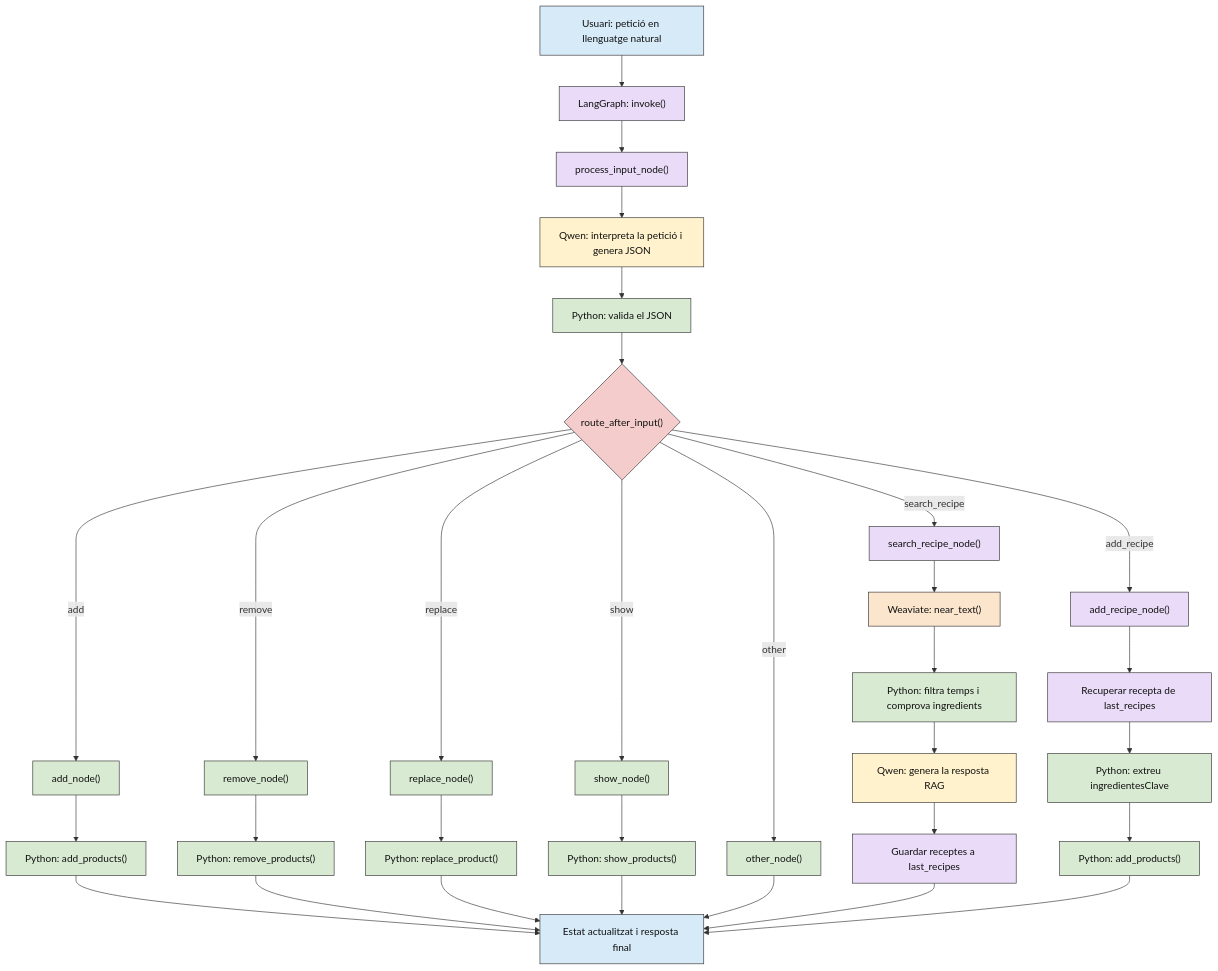
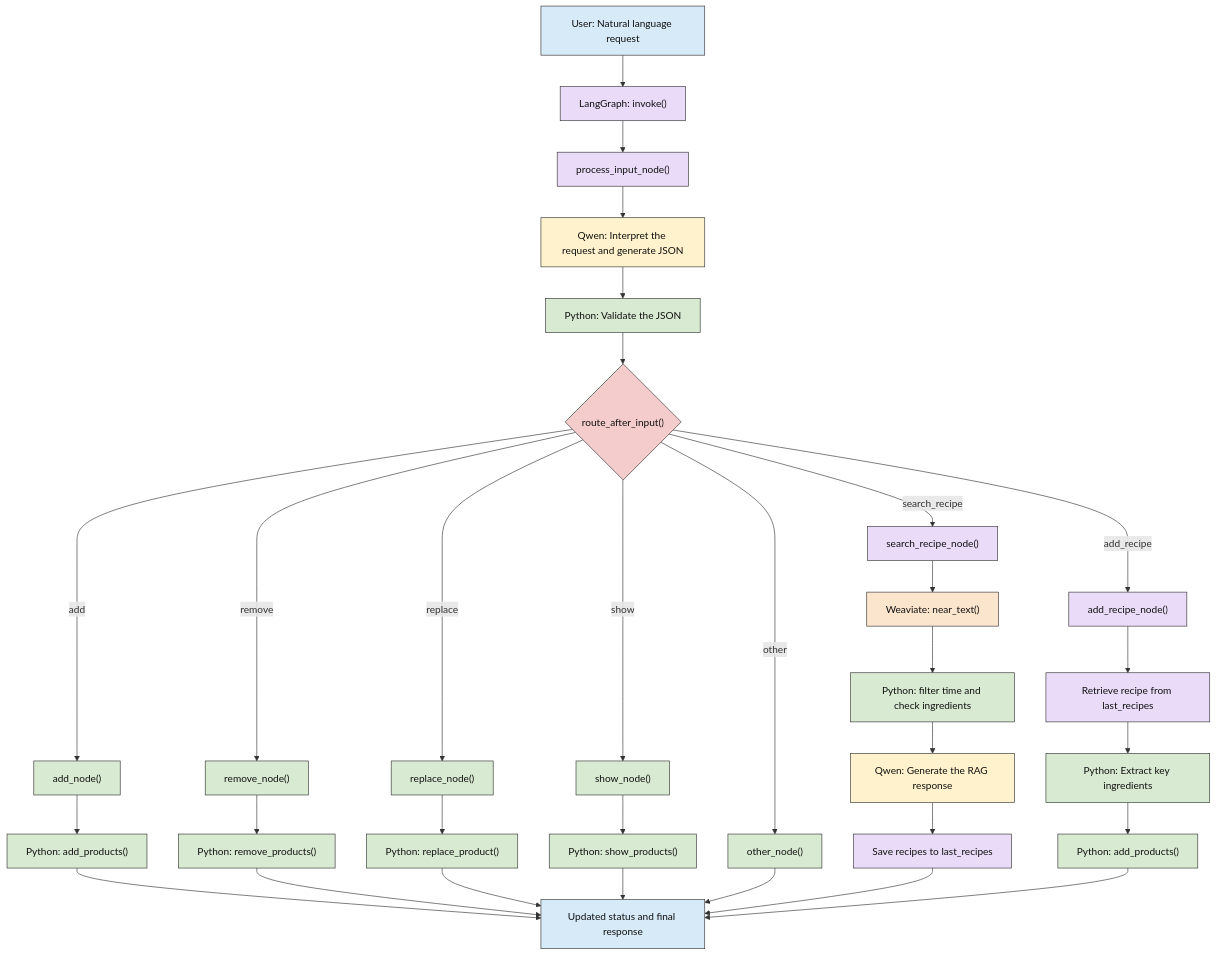
Before and after one commit to eetac/Visual_tools_for_AI: the ninth of 15 diagrams in AI_Observability/docs/08_examples.md, drawn with Mermaid. The commit also changed other lines of this file and 31 other files, not shown here.

````diff
--- a/AI_Observability/docs/08_examples.md
+++ b/AI_Observability/docs/08_examples.md
@@ -844,60 +844,60 @@
 ```mermaid
 flowchart TD
-    U["Usuari: petició en llenguatge natural"] --> G["LangGraph: invoke()"]
+    U["User: Natural language request"] --> G["LangGraph: invoke()"]
     G --> P["process_input_node()"]
-    P --> L["Qwen: interpreta la petició i genera JSON"]
-    L --> J["Python: valida el JSON"]
+    P --> L["Qwen: Interpret the request and generate JSON"]
+    L --> J["Python: Validate the JSON"]
     J --> R{"route_after_input()"}
 
-    %% FUNCIONALITATS DE LA LLISTA DE COMPRA
+    %% SHOPPING LIST FEATURES
     R -->|add| A["add_node()"]
     A --> AP["Python: add_products()"]
 
     R -->|remove| B["remove_node()"]
     B --> BP["Python: remove_products()"]
 
     R -->|replace| C["replace_node()"]
     C --> CP["Python: replace_product()"]
 
     R -->|show| D["show_node()"]
     D --> DP["Python: show_products()"]
 
     R -->|other| O["other_node()"]
 
-    %% NOVA FUNCIONALITAT: CERCA DE RECEPTES
+    %% NEW FEATURE: RECIPE SEARCH
     R -->|search_recipe| S["search_recipe_node()"]
     S --> W["Weaviate: near_text()"]
-    W --> V["Python: filtra temps i comprova ingredients"]
-    V --> L2["Qwen: genera la resposta RAG"]
-    L2 --> LR["Guardar receptes a last_recipes"]
+    W --> V["Python: filter time and check ingredients"]
+    V --> L2["Qwen: Generate the RAG response"]
+    L2 --> LR["Save recipes to last_recipes"]
 
-    %% NOVA FUNCIONALITAT: AFEGIR INGREDIENTS D'UNA RECEPTA
+    %% NEW FEATURE: ADD RECIPE INGREDIENTS
     R -->|add_recipe| AR["add_recipe_node()"]
-    AR --> LS["Recuperar recepta de last_recipes"]
-    LS --> IN["Python: extreu ingredientesClave"]
+    AR --> LS["Retrieve recipe from last_recipes"]
+    LS --> IN["Python: Extract key ingredients"]
     IN --> ADD["Python: add_products()"]
 
-    %% RESPOSTA FINAL
-    AP --> F["Estat actualitzat i resposta final"]
+    %% FINAL RESPONSE
+    AP --> F["Updated status and final response"]
     BP --> F
     CP --> F
     DP --> F
     O --> F
     LR --> F
     ADD --> F
 
     %% COLORS
     class U,F entrada
     class G,P,S,AR,LS,LR servei
     class L,L2 llm
     class R decisio
     class W agent
     class J,A,B,C,D,O,AP,BP,CP,DP,V,IN,ADD python
 
     classDef entrada fill:#D6EAF8,stroke:#333333,color:#111111
     classDef llm fill:#FFF2CC,stroke:#333333,color:#111111
     classDef python fill:#D9EAD3,stroke:#333333,color:#111111
     classDef decisio fill:#F4CCCC,stroke:#333333,color:#111111
     classDef servei fill:#EADCF8,stroke:#333333,color:#111111
     classDef agent fill:#FCE5CD,stroke:#333333,color:#111111
 ```
````
